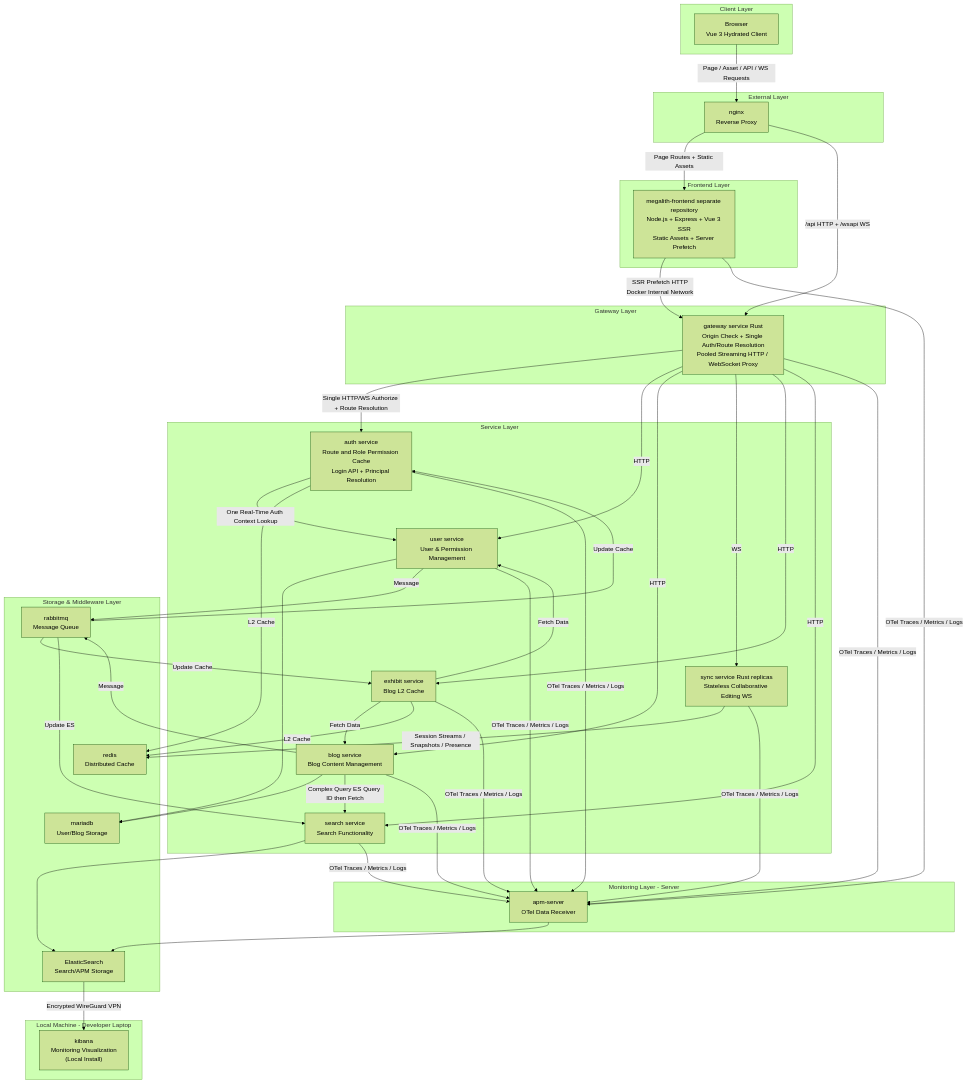
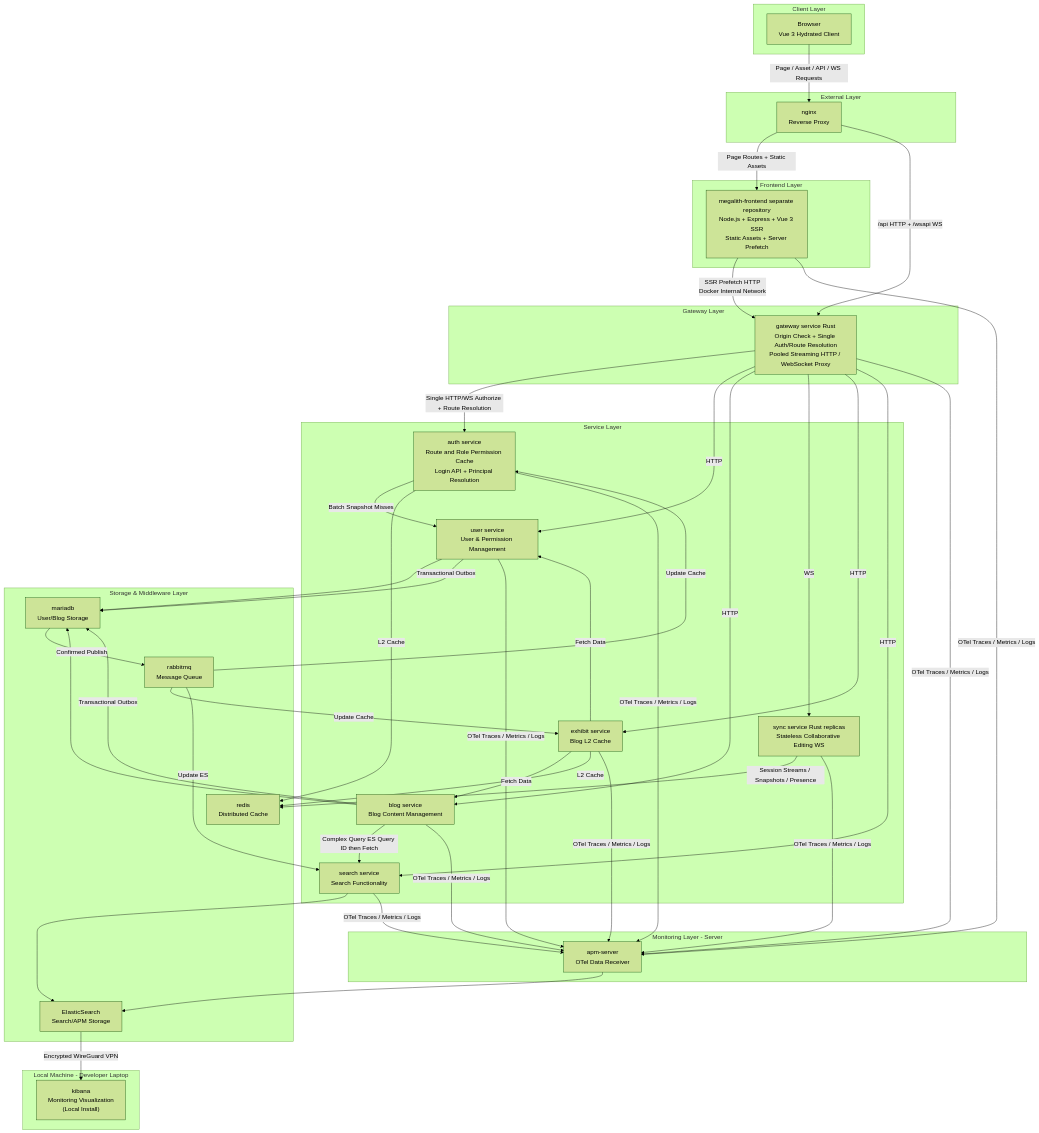
The diagram in README.md (mingchiuli/megalith-micro), drawn with Mermaid (forest theme) before and after one commit. The commit also changed other lines of this file and 116 other files, not shown here.

````diff
--- a/README.md
+++ b/README.md
@@ -12,68 +12,69 @@
 ```mermaid
 graph TD
     %% Layer Definitions
     subgraph ClientLayer[Client Layer]
         Browser["Browser<br/>Vue 3 Hydrated Client"]
     end
     subgraph ExternalLayer[External Layer]
         Nginx["nginx<br/>Reverse Proxy"]
     end
     subgraph FrontendLayer[Frontend Layer]
         Frontend["megalith-frontend separate repository<br/>Node.js + Express + Vue 3 SSR<br/>Static Assets + Server Prefetch"]
     end
     subgraph GatewayLayer[Gateway Layer]
         Gateway["gateway service Rust<br/>Origin Check + Single Auth/Route Resolution<br/>Pooled Streaming HTTP / WebSocket Proxy"]
     end
     subgraph ServiceLayer[Service Layer]
         Auth["auth service<br/>Route and Role Permission Cache<br/>Login API + Principal Resolution"]
         User["user service<br/>User & Permission Management"]
         Blog["blog service<br/>Blog Content Management"]
         Sync["sync service Rust replicas<br/>Stateless Collaborative Editing WS"]
         Exhibit["exhibit service<br/>Blog L2 Cache"]
         Search["search service<br/>Search Functionality"]
     end
     subgraph StorageLayer[Storage & Middleware Layer]
         MariaDB["mariadb<br/>User/Blog Storage"]
         Redis["redis<br/>Distributed Cache"]
         RabbitMQ["rabbitmq<br/>Message Queue"]
         ES["ElasticSearch<br/>Search/APM Storage"]
     end
     subgraph MonitoringLayer[Monitoring Layer - Server]
         APMServer["apm-server<br/>OTel Data Receiver"]
     end
     subgraph LocalMachine[Local Machine - Developer Laptop]
         Kibana["kibana<br/>Monitoring Visualization<br/>(Local Install)"]
     end
     %% Traffic Flow: page requests use SSR; browser API calls bypass Node
     Browser -->|Page / Asset / API / WS Requests| Nginx
     Nginx -->|Page Routes + Static Assets| Frontend
     Nginx -->|/api HTTP + /wsapi WS| Gateway
     Frontend -->|SSR Prefetch HTTP<br/>Docker Internal Network| Gateway
     Gateway -->|Single HTTP/WS Authorize + Route Resolution| Auth
     Gateway -->|HTTP| User
     Gateway -->|HTTP| Blog
     Gateway -->|WS| Sync
     Gateway -->|HTTP| Exhibit
     Gateway -->|HTTP| Search
     %% Business Dependencies
     User --> MariaDB
     Blog --> MariaDB
     Exhibit -->|Fetch Data| User
     Exhibit -->|Fetch Data| Blog
-    Auth -->|One Real-Time Auth Context Lookup| User
+    Auth -->|Batch Snapshot Misses| User
     Search --> ES
     Blog -->|Complex Query ES Query ID then Fetch| Search
     %% Messages & Cache Auth receives RabbitMQ messages to update cache
-    User -->|Message| RabbitMQ
-    Blog -->|Message| RabbitMQ
+    User -->|Transactional Outbox| MariaDB
+    Blog -->|Transactional Outbox| MariaDB
+    MariaDB -->|Confirmed Publish| RabbitMQ
     RabbitMQ -->|Update Cache| Exhibit
     RabbitMQ -->|Update ES| Search
     RabbitMQ -->|Update Cache| Auth
     Exhibit -->|L2 Cache| Redis
     Auth -->|L2 Cache| Redis
     Sync -->|Session Streams / Snapshots / Presence| Redis
     %% Monitoring Flow
     Frontend & User & Blog & Auth & Exhibit & Search & Sync & Gateway -->|OTel Traces / Metrics / Logs| APMServer
     APMServer --> ES
     ES -->|Encrypted WireGuard VPN| Kibana
 ```
````
